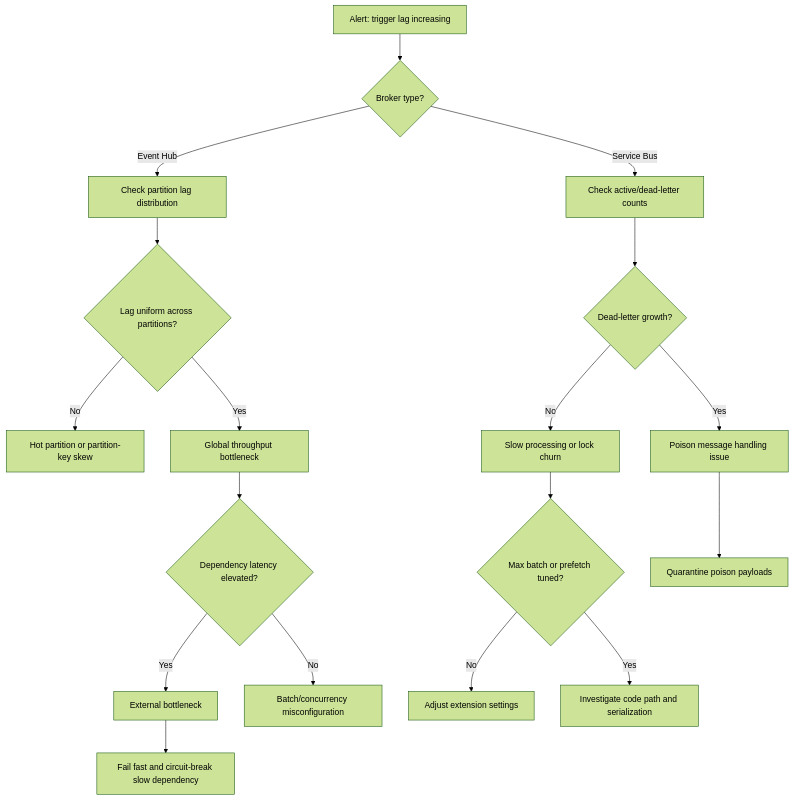
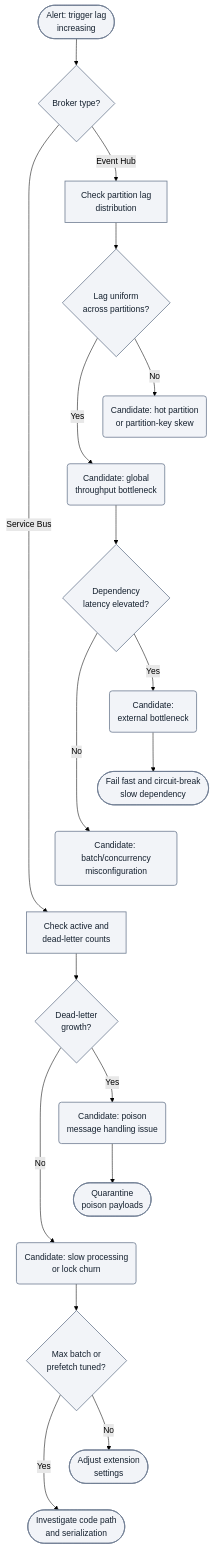
One commit to yeongseon/azure-functions-practical-guide changed the first of 3 diagrams in docs/troubleshooting/playbooks/triggers/event-hub-service-bus-lag.md. Above: the diagram before and after it, drawn with Mermaid (forest theme). The commit also changed other lines of this file and 2 other files, not shown here.

Commit message:
docs(diagrams): migrate Functions playbooks triggers — event hub service bus lag and timeout execution limit (#447)
* docs(diagrams): clarify broker lag diagnostic paths

Preserve broker branches and outcomes with readable typed diagrams and scoped
extension guidance; retain the compact progression flow with accessible metadata.

Refs #275

* docs(diagrams): distinguish timeout response and execution boundaries

Preserve timeout decisions and plan branches with readable labels and scoped
retry guidance; correct the Flex limit and retain the compact progression flow.

Refs #275

* docs(diagrams): refresh owned trigger playbook inventory

Refresh only six assigned records, retaining compact-flow exceptions and marking
the remaining diagrams in progress pending independent and maintainer review.

Refs #275

* docs(diagrams): qualify non-session Service Bus concurrency

Distinguish single-message non-session concurrency from automatic lock
renewal and session concurrency in the adjacent figure scope note.

Refs #275

---------

````diff
--- a/docs/troubleshooting/playbooks/triggers/event-hub-service-bus-lag.md
+++ b/docs/troubleshooting/playbooks/triggers/event-hub-service-bus-lag.md
@@ -73,20 +77,30 @@
 ```mermaid
 flowchart TD
-    A[Alert: trigger lag increasing] --> B{Broker type?}
-    B -->|Event Hub| C[Check partition lag distribution]
-    B -->|Service Bus| D["Check active/dead-letter counts"]
-    C --> E{Lag uniform across partitions?}
-    E -->|No| F[Hot partition or partition-key skew]
-    E -->|Yes| G[Global throughput bottleneck]
-    D --> H{Dead-letter growth?}
-    H -->|Yes| I[Poison message handling issue]
-    H -->|No| J[Slow processing or lock churn]
-    G --> K{Dependency latency elevated?}
-    K -->|Yes| L[External bottleneck]
-    K -->|No| M["Batch/concurrency misconfiguration"]
-    J --> N{Max batch or prefetch tuned?}
-    N -->|No| O[Adjust extension settings]
-    N -->|Yes| P[Investigate code path and serialization]
-    I --> Q[Quarantine poison payloads]
-    L --> R[Fail fast and circuit-break slow dependency]
+    accTitle: Event Hub and Service Bus lag decision flow
+    accDescr: Illustrative triage, not confirmed causes. Event Hub checks partition distribution, then dependency latency for uniform lag. Service Bus checks dead-letter growth, then batch or prefetch tuning. Every branch retains its candidate and next action; validate against the evidence and disproof sections.
+    A(["Alert: trigger lag<br/>increasing"]) --> B{"Broker type?"}
+    B -->|Event Hub| C["Check partition lag<br/>distribution"]
+    B -->|Service Bus| D["Check active and<br/>dead-letter counts"]
+    C --> E{"Lag uniform<br/>across partitions?"}
+    E -->|No| F("Candidate: hot partition<br/>or partition-key skew")
+    E -->|Yes| G("Candidate: global<br/>throughput bottleneck")
+    D --> H{"Dead-letter<br/>growth?"}
+    H -->|Yes| I("Candidate: poison<br/>message handling issue")
+    H -->|No| J("Candidate: slow processing<br/>or lock churn")
+    G --> K{"Dependency<br/>latency elevated?"}
+    K -->|Yes| L("Candidate:<br/>external bottleneck")
+    K -->|No| M("Candidate: batch/concurrency<br/>misconfiguration")
+    J --> N{"Max batch or<br/>prefetch tuned?"}
+    N -->|No| O(["Adjust extension<br/>settings"])
+    N -->|Yes| P(["Investigate code path<br/>and serialization"])
+    I --> Q(["Quarantine<br/>poison payloads"])
+    L --> R(["Fail fast and circuit-break<br/>slow dependency"])
+    %% Layout-only links serialize branches; they add no diagnostic steps or arrows.
+    F ~~~ G
+    R ~~~ M
+    M ~~~ D
+    Q ~~~ J
+    O ~~~ P
+    classDef neutral fill:#f2f4f8,stroke:#707e93,stroke-width:1.5px,color:#14202e;
+    class A,B,C,D,E,F,G,H,I,J,K,L,M,N,O,P,Q,R neutral;
 ```
````
